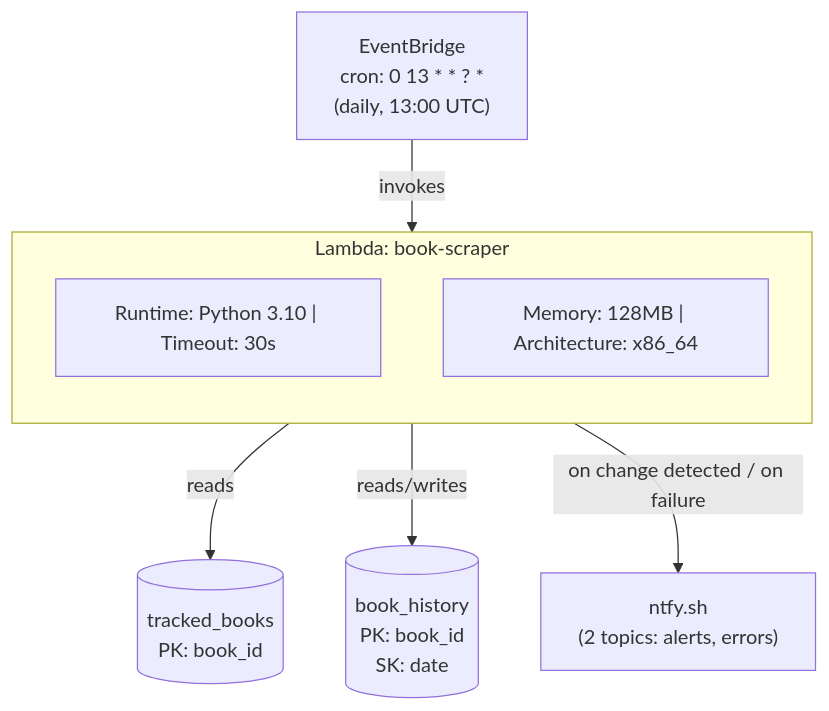
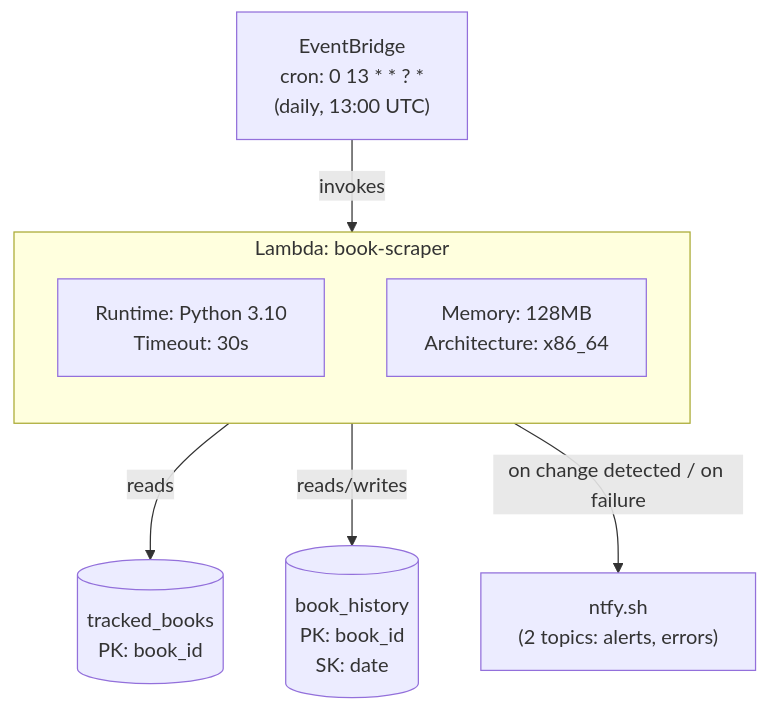
The diagram in README.md (plantp0t/book-tracker), drawn with Mermaid before and after one commit.

````diff
--- a/README.md
+++ b/README.md
@@ -11,14 +11,14 @@
 ```mermaid
 flowchart TD
     EB["EventBridge<br/>cron: 0 13 * * ? *<br/>(daily, 13:00 UTC)"] -->|invokes| L
 
     subgraph L["Lambda: book-scraper"]
         direction TB
-        L1["Runtime: Python 3.10 | Timeout: 30s"]
-        L2["Memory: 128MB | Architecture: x86_64"]
+        L1["Runtime: Python 3.10<br/>Timeout: 30s"]
+        L2["Memory: 128MB<br/>Architecture: x86_64"]
     end
 
     L -->|reads| TB[("tracked_books<br/>PK: book_id")]
     L -->|reads/writes| BH[("book_history<br/>PK: book_id<br/>SK: date")]
     L -->|on change detected / on failure| NTFY["ntfy.sh<br/>(2 topics: alerts, errors)"]
 ```
````
